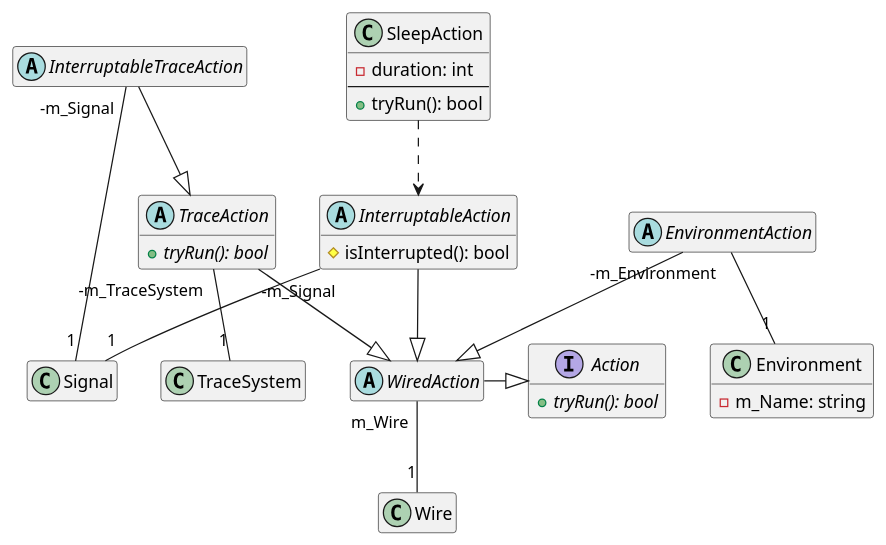
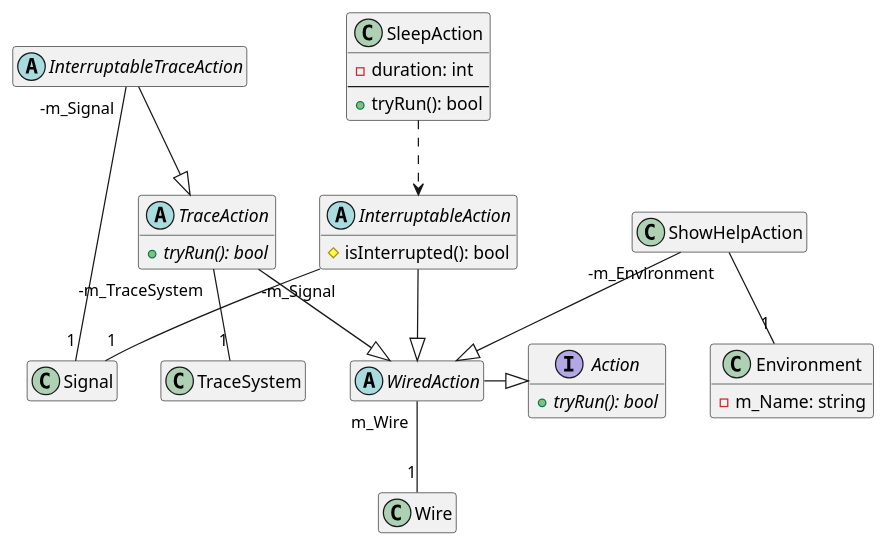
One commit to littlewhywhat/extrace changed the diagram in docs/design/class_action.puml. Above: the diagram before and after it, drawn with PlantUML. The commit also changed 12 other files, not shown here.

```diff
--- a/docs/design/class_action.puml
+++ b/docs/design/class_action.puml
@@ -1,77 +1,77 @@
 @startuml
 
 interface Action {
   + {abstract} tryRun(): bool
 }
 hide Action fields
 
 interface TraceAction {
   + {abstract} tryRun(): bool
 }
 hide TraceAction fields
 
 abstract class WiredAction
 hide WiredAction fields
 hide WiredAction methods
 
 WiredAction -|> Action
 WiredAction "m_Wire" -- "1" Wire
 
-abstract class EnvironmentAction
-hide EnvironmentAction fields
-hide EnvironmentAction methods
+class ShowHelpAction
+hide ShowHelpAction fields
+hide ShowHelpAction methods
 
-EnvironmentAction --|> WiredAction
-EnvironmentAction "-m_Environment" -- "1" Environment
+ShowHelpAction --|> WiredAction
+ShowHelpAction "-m_Environment" -- "1" Environment
 
 abstract class TraceAction {
   
 }
 hide TraceAction fields
 
 TraceAction --|> WiredAction
 TraceAction "-m_TraceSystem" -- "1" TraceSystem
 
 abstract class InterruptableAction {
   # isInterrupted(): bool
 }
 hide InterruptableAction fields
 
 InterruptableAction --|> WiredAction
 InterruptableAction "-m_Signal" -- "1" Signal
 
 abstract class InterruptableTraceAction {
   
 }
 hide InterruptableTraceAction fields
 hide InterruptableTraceAction methods
 
 InterruptableTraceAction --|> TraceAction
 InterruptableTraceAction "-m_Signal" -- "1" Signal
 
 class SleepAction {
   - duration: int
   --
   + tryRun(): bool
 }
 
 SleepAction ..> InterruptableAction
 
 class Signal
 hide Signal fields
 hide Signal methods
 
 class TraceSystem
 hide TraceSystem fields
 hide TraceSystem methods
 
 class Wire
 hide Wire fields
 hide Wire methods
 
 class Environment {
   - m_Name: string
 }
 hide Environment methods
 
 @enduml
```
